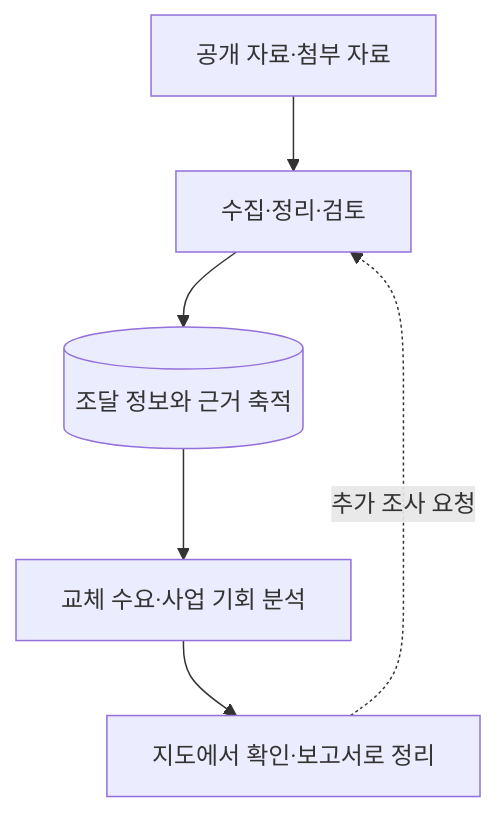
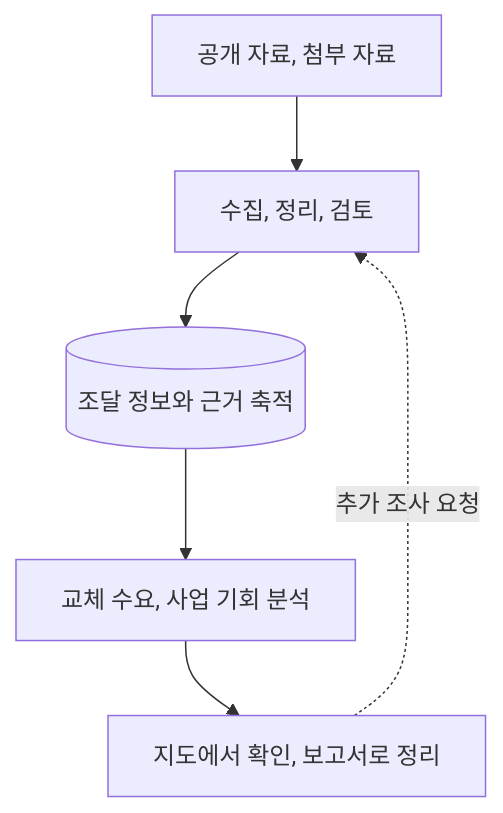
One commit to chongyun821-pixel/TrendRadar changed the diagram in docs/기획안.md. Above: the diagram before and after it, drawn with Mermaid. The commit also changed other lines of this file and 157 other files, not shown here.

````diff
--- a/docs/기획안.md
+++ b/docs/기획안.md
@@ -27,8 +27,8 @@
 ```mermaid
 flowchart TD
-  A["공개 자료·첨부 자료"] --> B["수집·정리·검토"]
+  A["공개 자료, 첨부 자료"] --> B["수집, 정리, 검토"]
   B --> C[("조달 정보와 근거 축적")]
-  C --> D["교체 수요·사업 기회 분석"]
-  D --> E["지도에서 확인·보고서로 정리"]
+  C --> D["교체 수요, 사업 기회 분석"]
+  D --> E["지도에서 확인, 보고서로 정리"]
   E -.->|추가 조사 요청| B
 ```
````
